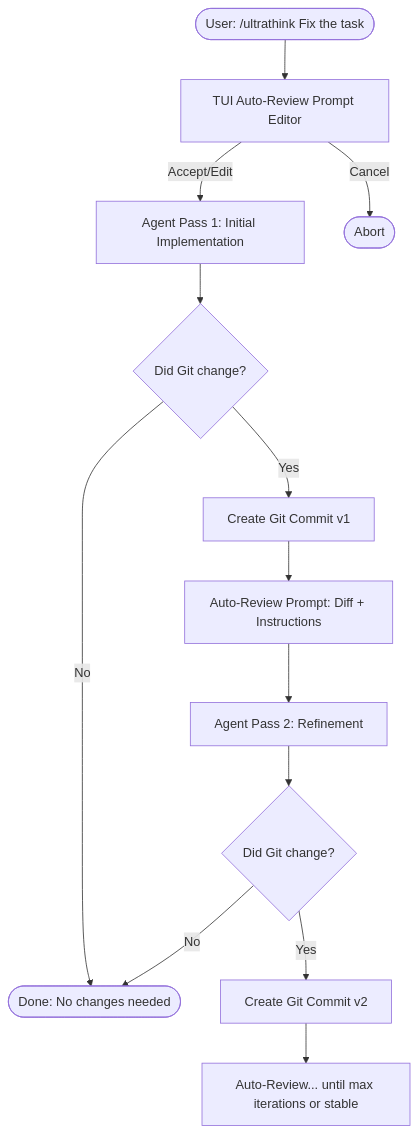
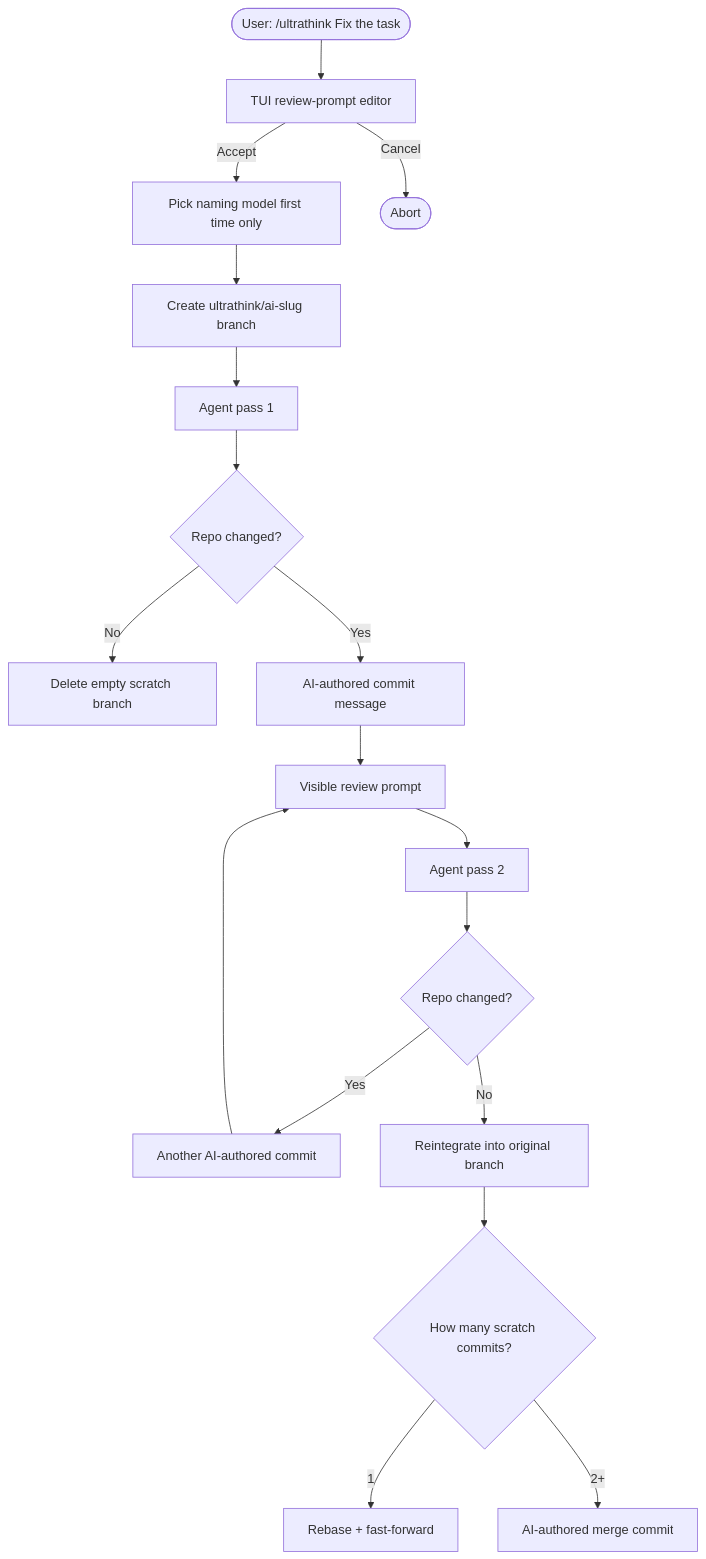
Before and after one commit to brainopia/pi-ultrathink: the diagram in README.md, drawn with Mermaid. The commit also changed other lines of this file and 19 other files, not shown here.

````diff
--- a/README.md
+++ b/README.md
@@ -27,19 +23,20 @@
 ```mermaid
 flowchart TD
-    Start([User: /ultrathink Fix the task]) --> Prompt[TUI Auto-Review Prompt Editor]
-    Prompt -->|Accept/Edit| V1[Agent Pass 1: Initial Implementation]
+    Start([User: /ultrathink Fix the task]) --> Prompt[TUI review-prompt editor]
+    Prompt -->|Accept| Naming[Pick naming model first time only]
     Prompt -->|Cancel| End([Abort])
-    
-    V1 --> CheckGit1{Did Git change?}
-    CheckGit1 -->|Yes| Commit1[Create Git Commit v1]
-    CheckGit1 -->|No| Done([Done: No changes needed])
-    
-    Commit1 --> Review1[Auto-Review Prompt: Diff + Instructions]
-    Review1 --> V2[Agent Pass 2: Refinement]
-    
-    V2 --> CheckGit2{Did Git change?}
-    CheckGit2 -->|Yes| Commit2[Create Git Commit v2]
-    CheckGit2 -->|No| Done
-    
-    Commit2 --> ReviewN[Auto-Review... until max iterations or stable]
+    Naming --> Branch[Create ultrathink/ai-slug branch]
+    Branch --> V1[Agent pass 1]
+    V1 --> Git1{Repo changed?}
+    Git1 -->|No| Finish0[Delete empty scratch branch]
+    Git1 -->|Yes| Commit1[AI-authored commit message]
+    Commit1 --> Review1[Visible review prompt]
+    Review1 --> V2[Agent pass 2]
+    V2 --> GitN{Repo changed?}
+    GitN -->|Yes| CommitN[Another AI-authored commit]
+    GitN -->|No| Finalize[Reintegrate into original branch]
+    CommitN --> Review1
+    Finalize --> One{How many scratch commits?}
+    One -->|1| Rebase[Rebase + fast-forward]
+    One -->|2+| Merge[AI-authored merge commit]
 ```
````
